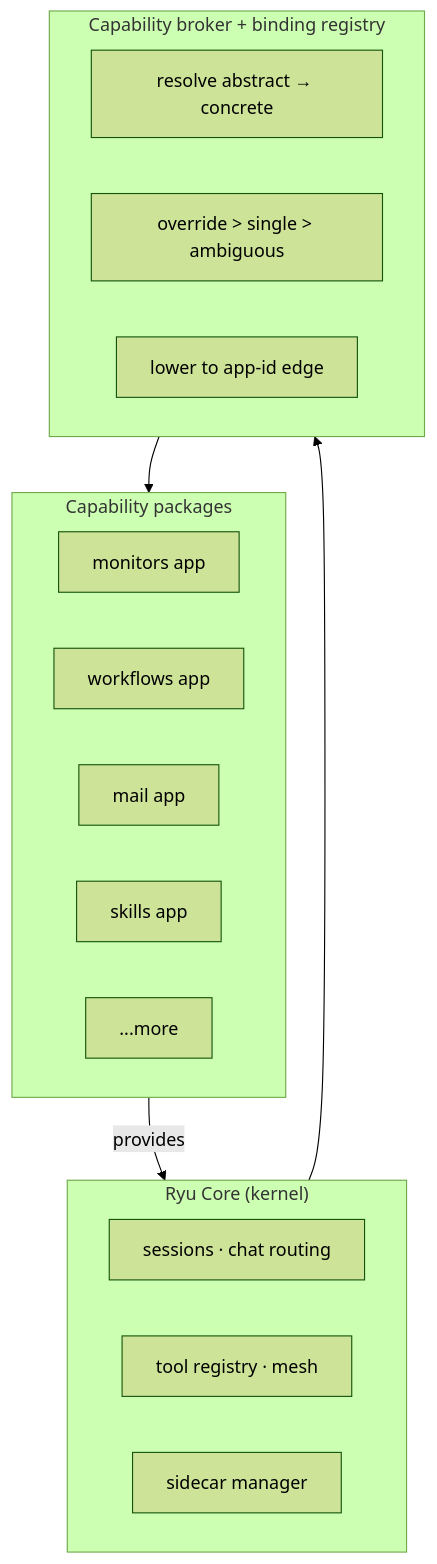
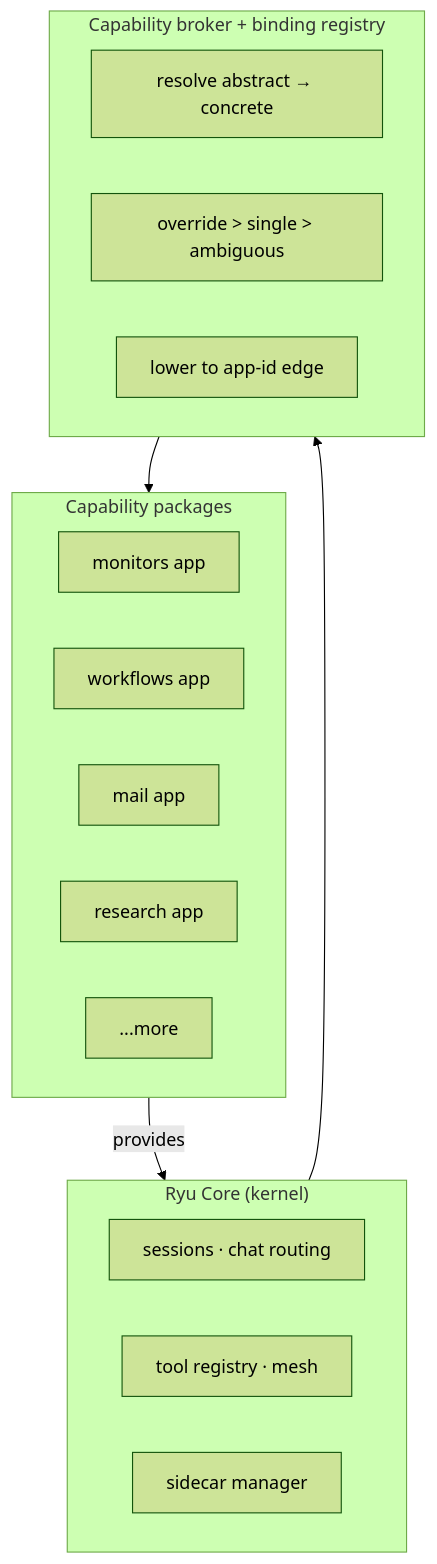
The first of 3 diagrams in content/docs/start-here/architecture/platform-decomposition.mdx (amajorai/ryu-docs), drawn with Mermaid (forest theme) before and after one commit. The commit also changed other lines of this file and 2538 other files, not shown here.

````diff
--- a/content/docs/start-here/architecture/platform-decomposition.mdx
+++ b/content/docs/start-here/architecture/platform-decomposition.mdx
@@ -15,27 +13,27 @@
 ```mermaid
 flowchart TB
   subgraph Kernel["Ryu Core (kernel)"]
     K1["sessions · chat routing"]
     K2["tool registry · mesh"]
     K3["sidecar manager"]
   end
 
   subgraph Apps["Capability packages"]
     direction LR
     A1["monitors app"]
     A2["workflows app"]
     A3["mail app"]
-    A4["skills app"]
+    A4["research app"]
     A5["...more"]
   end
 
   subgraph Broker["Capability broker + binding registry"]
     B1["resolve abstract → concrete"]
     B2["override > single > ambiguous"]
     B3["lower to app-id edge"]
   end
 
   Kernel --> Broker
   Broker --> Apps
   Apps -->|"provides"| Kernel
 ```
````
